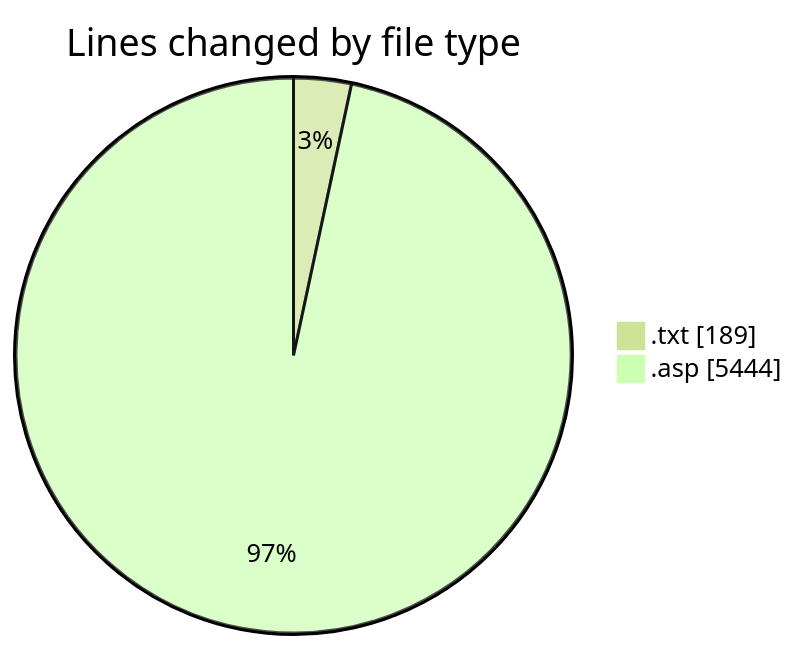
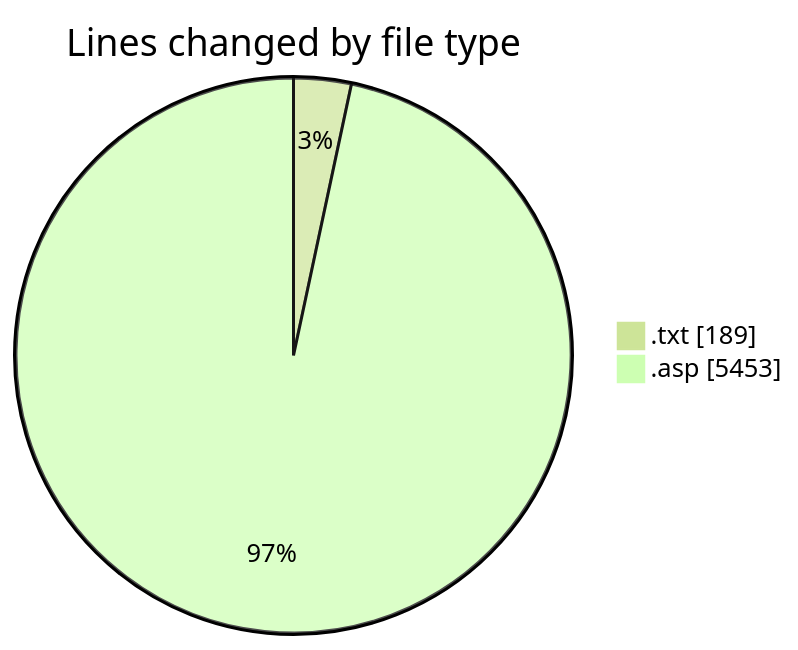
One commit to julien-gomy/code-tracking changed the first of 2 diagrams in 2025-11-07/cdp_aleoudev_fr__workspace_/README.md. Above: the diagram before and after it, drawn with Mermaid (forest theme). The commit also changed other lines of this file and 1 other file, not shown here.

````diff
--- a/2025-11-07/cdp_aleoudev_fr__workspace_/README.md
+++ b/2025-11-07/cdp_aleoudev_fr__workspace_/README.md
@@ -28,6 +28,6 @@
 ```mermaid
 pie showData
 title Lines changed by file type
 ".txt" : 189
-".asp" : 5444
+".asp" : 5453
 ```
````
